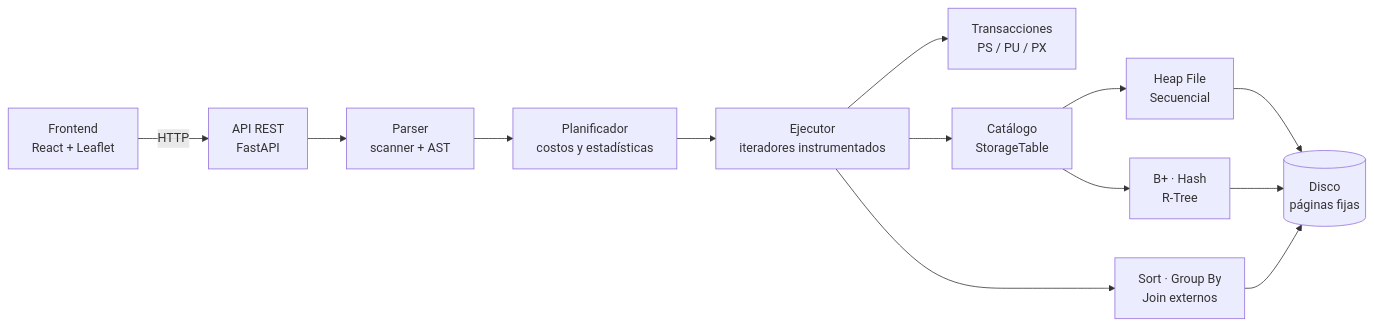
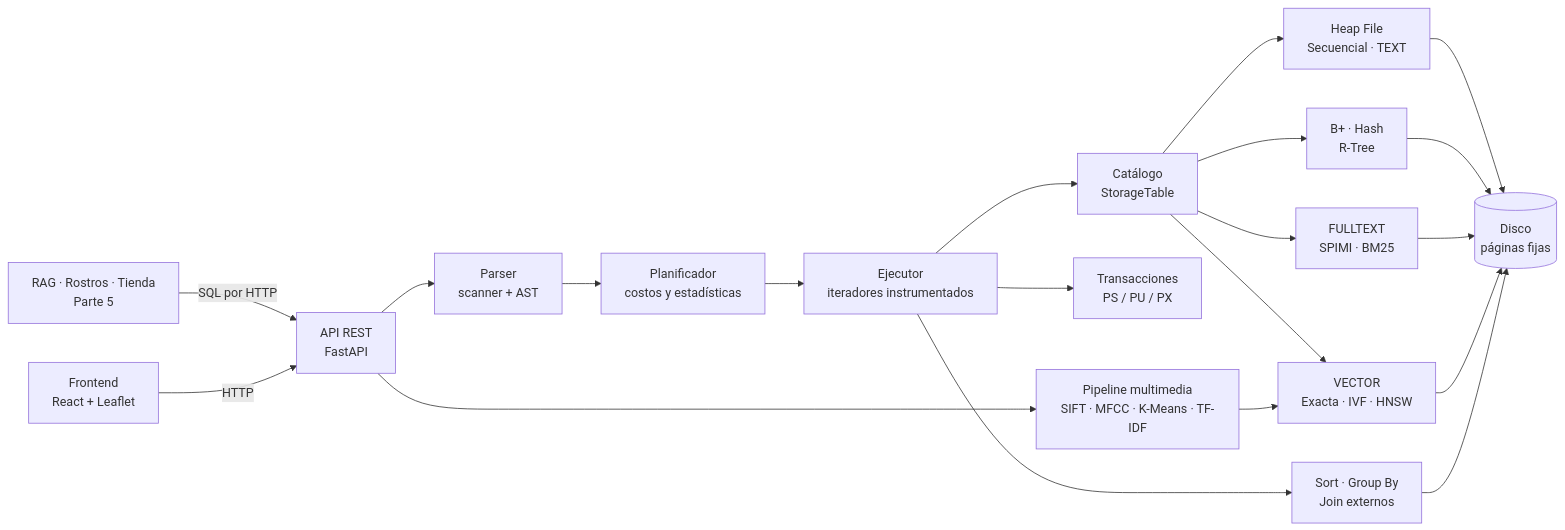
One commit to m41k1204/Proyecto_BD2 changed the diagram in README.md. Above: the diagram before and after it, drawn with Mermaid. The commit also changed other lines of this file, not shown here.

````diff
--- a/README.md
+++ b/README.md
@@ -125,15 +193,22 @@
 ```mermaid
 flowchart LR
+    APPS["RAG · Rostros · Tienda<br/>Parte 5"] -->|SQL por HTTP| API
     UI["Frontend<br/>React + Leaflet"] -->|HTTP| API["API REST<br/>FastAPI"]
     API --> P["Parser<br/>scanner + AST"]
+    API --> MM["Pipeline multimedia<br/>SIFT · MFCC · K-Means · TF-IDF"]
     P --> PL["Planificador<br/>costos y estadísticas"]
     PL --> EX["Ejecutor<br/>iteradores instrumentados"]
     EX --> TX["Transacciones<br/>PS / PU / PX"]
     EX --> CAT["Catálogo<br/>StorageTable"]
-    CAT --> ST["Heap File<br/>Secuencial"]
+    CAT --> ST["Heap File<br/>Secuencial · TEXT"]
     CAT --> IX["B+ · Hash<br/>R-Tree"]
+    CAT --> FT["FULLTEXT<br/>SPIMI · BM25"]
+    CAT --> VX["VECTOR<br/>Exacta · IVF · HNSW"]
+    MM --> VX
     EX --> ALG["Sort · Group By<br/>Join externos"]
     ST --> D[("Disco<br/>páginas fijas")]
     IX --> D
+    FT --> D
+    VX --> D
     ALG --> D
 ```
````
